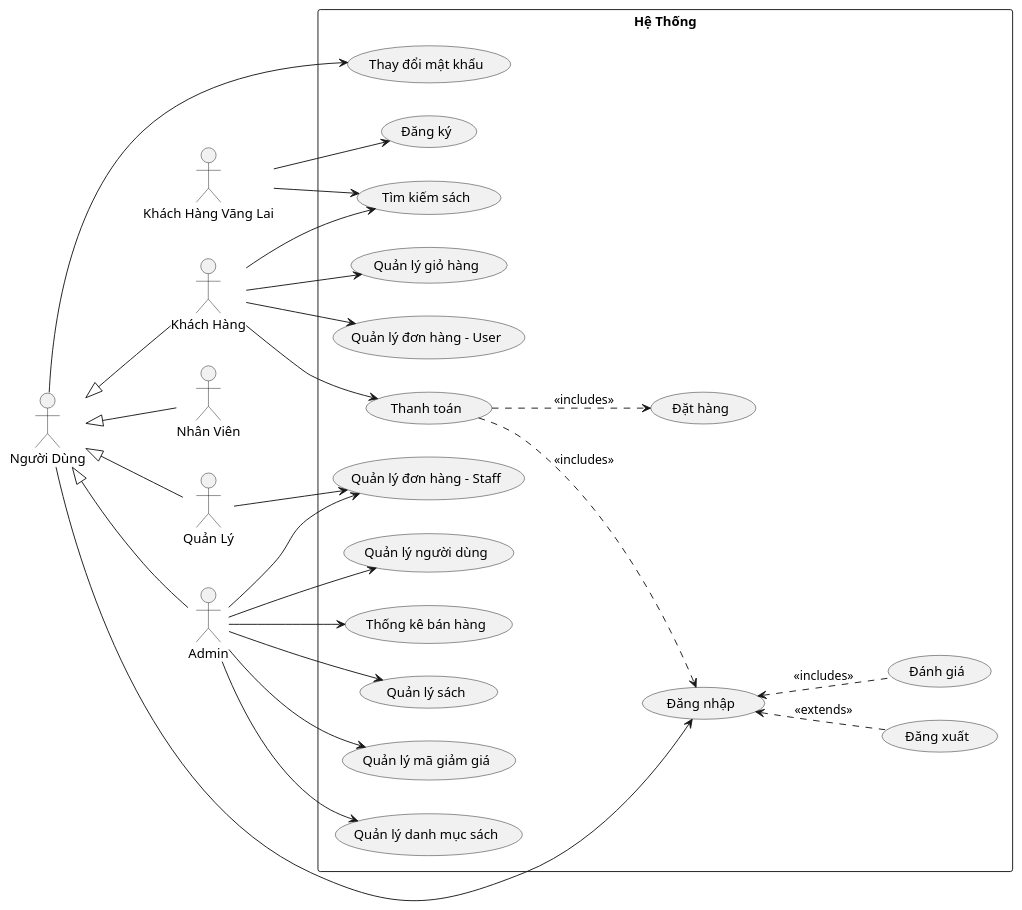
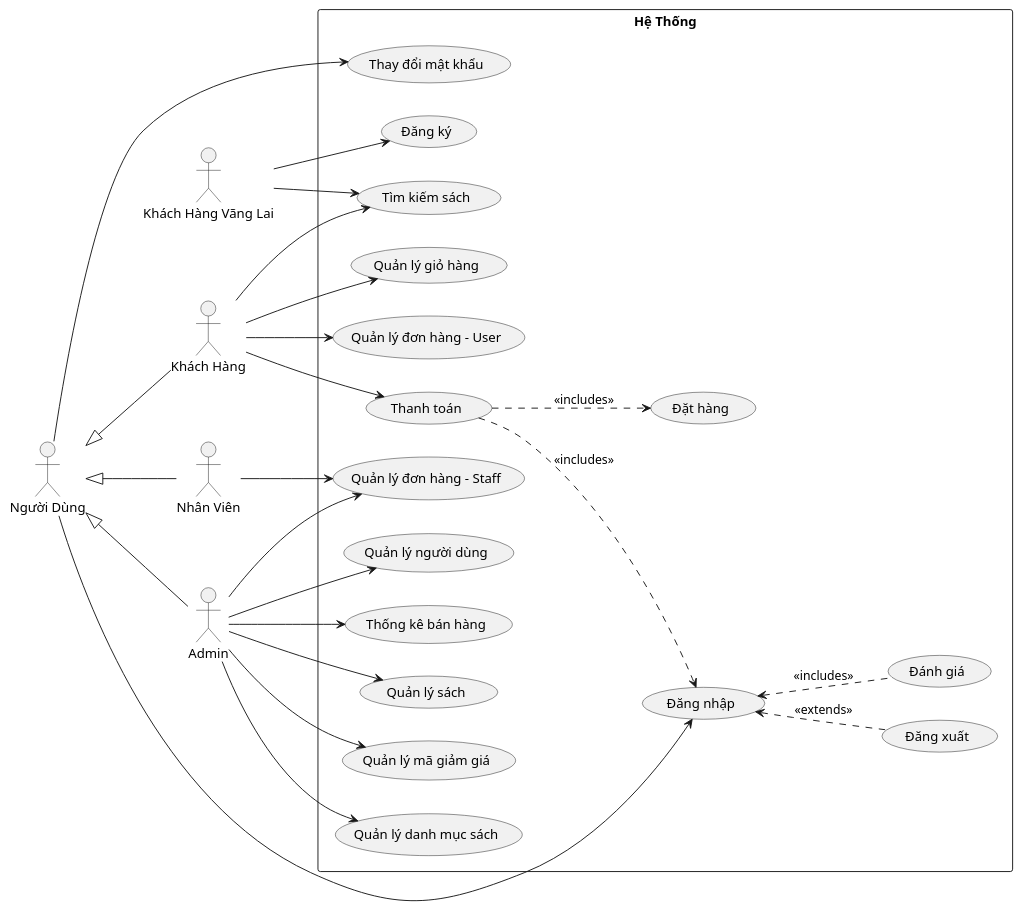
The diagram in docs/diagrams/Usecase/tong-quan/uc-tongquan.wsd (B5u2423/Bookstore-Website), drawn with PlantUML before and after one commit. The commit also changed 3 other files, not shown here.

Commit message:
fix diagrams name

```diff
--- a/docs/diagrams/Usecase/tong-quan/uc-tongquan.wsd
+++ b/docs/diagrams/Usecase/tong-quan/uc-tongquan.wsd
@@ -1,44 +1,42 @@
-@startuml uc-tongquan
+@startuml uc_tongquan
 left to right direction
 skinparam packageStyle rectangle
 
 actor "Khách Hàng Vãng Lai" as KHVL
 actor "Khách Hàng" as KH 
 actor "Người Dùng" as ND
-actor "Quản Lý" as QL
 actor "Nhân Viên" as NV
 actor Admin as AD
 
 ND <|-- AD
-ND <|-- QL
+ND <|-- NV
 ND <|-- KH
-ND <|-- NV
 
 rectangle "Hệ Thống" {
   ND --> (Đăng nhập)
   ND --> (Thay đổi mật khẩu)
   (Đăng nhập) <.. (Đăng xuất) : <<extends>>
   (Thanh toán) ..> (Đăng nhập) : <<includes>>
 
   KHVL --> (Đăng ký)
   KHVL --> (Tìm kiếm sách)
 
   KH --> (Tìm kiếm sách)
   KH --> (Quản lý giỏ hàng)
   KH --> (Quản lý đơn hàng - User)
   KH --> (Thanh toán)
 
   (Thanh toán) ..> (Đặt hàng) : <<includes>>
   (Đăng nhập) <.. (Đánh giá) : <<includes>>
 
   AD --> (Quản lý đơn hàng - Staff)
   AD --> (Quản lý người dùng)
   AD --> (Thống kê bán hàng)
   AD --> (Quản lý sách)
   AD --> (Quản lý mã giảm giá)
   AD --> (Quản lý danh mục sách)
 
-  QL --> (Quản lý đơn hàng - Staff)
+  NV --> (Quản lý đơn hàng - Staff)
 }
 
 @enduml
```
